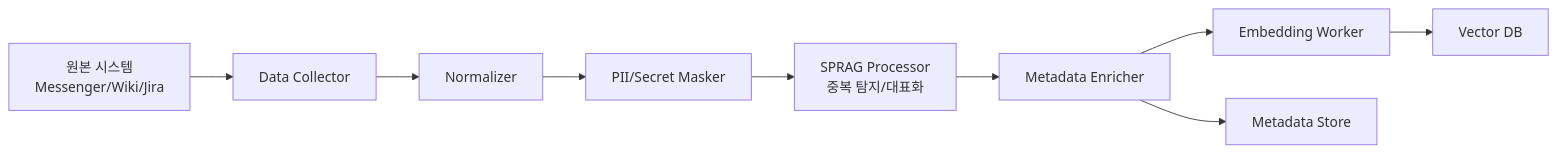
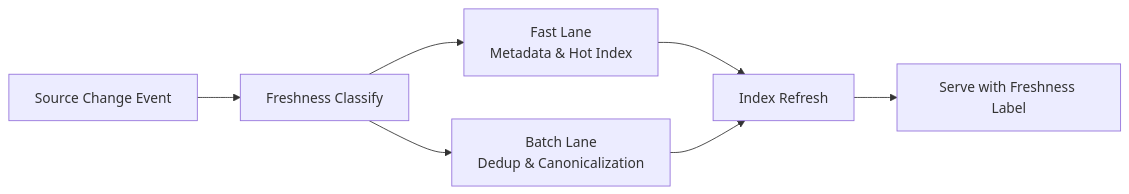
One commit to bshsqa/Archi-Team-ChatAssist changed the eighth of 9 diagrams in SPRAG_USE_CASE_DETAILS.md. Above: the diagram before and after it, drawn with Mermaid. The commit also changed other lines of this file and 6 other files, not shown here.

````diff
--- a/SPRAG_USE_CASE_DETAILS.md
+++ b/SPRAG_USE_CASE_DETAILS.md
@@ -353,21 +368,16 @@
 ```mermaid
 flowchart LR
-    Source[원본 시스템<br/>Messenger/Wiki/Jira]
-    Collect[Data Collector]
-    Normalize[Normalizer]
-    Mask[PII/Secret Masker]
-    SPRAG[SPRAG Processor<br/>중복 탐지/대표화]
-    Metadata[Metadata Enricher]
-    Embed[Embedding Worker]
-    Index[Vector DB]
-    Store[Metadata Store]
+    Change[Source Change Event]
+    Classify[Freshness Classify]
+    Fast[Fast Lane<br/>Metadata & Hot Index]
+    Batch[Batch Lane<br/>Dedup & Canonicalization]
+    Index[Index Refresh]
+    Serve[Serve with Freshness Label]
 
-    Source --> Collect
-    Collect --> Normalize
-    Normalize --> Mask
-    Mask --> SPRAG
-    SPRAG --> Metadata
-    Metadata --> Embed
-    Embed --> Index
-    Metadata --> Store
+    Change --> Classify
+    Classify --> Fast
+    Classify --> Batch
+    Fast --> Index
+    Batch --> Index
+    Index --> Serve
 ```
````
